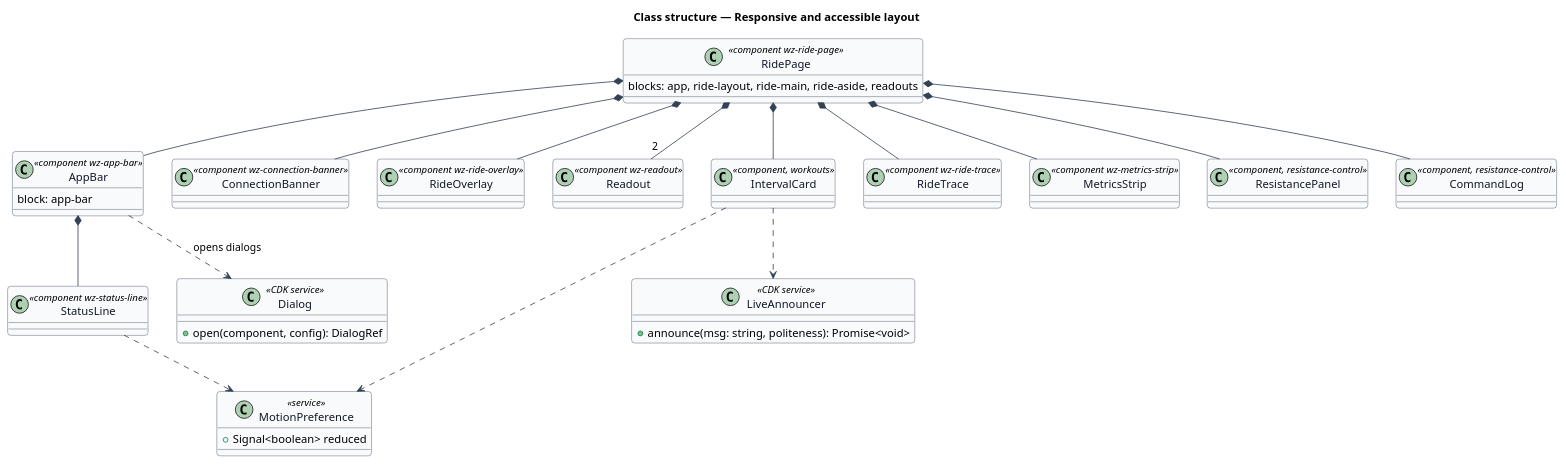
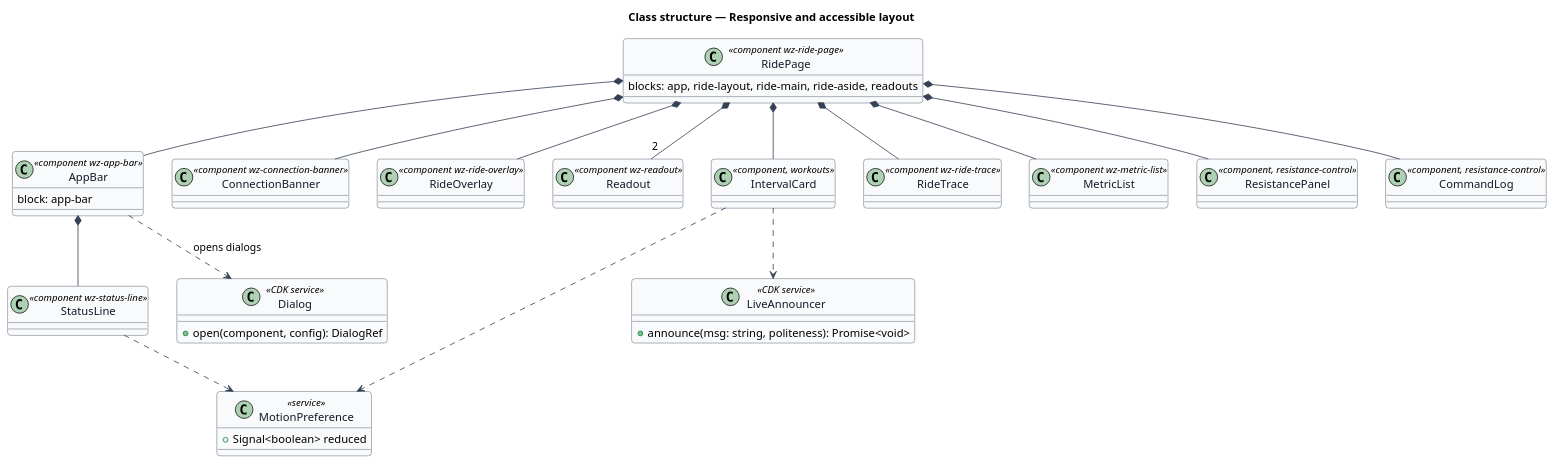
The diagram in docs/detailed-designs/dashboard/responsive-accessible-layout/diagrams/class-structure.puml (QuinntyneBrown/ride-one), drawn with PlantUML before and after one commit. The commit also changed 58 other files, not shown here.

```diff
--- a/docs/detailed-designs/dashboard/responsive-accessible-layout/diagrams/class-structure.puml
+++ b/docs/detailed-designs/dashboard/responsive-accessible-layout/diagrams/class-structure.puml
@@ -1,53 +1,53 @@
 @startuml
 skinparam backgroundColor #FFFFFF
 skinparam shadowing false
 skinparam roundcorner 8
 skinparam defaultFontName Arial
 skinparam ArrowColor #344054
 skinparam class {
   BorderColor #344054
   FontColor #101828
   BackgroundColor #F9FAFB
 }
 title Class structure — Responsive and accessible layout
 
 class RidePage <<component wz-ride-page>> {
   blocks: app, ride-layout, ride-main, ride-aside, readouts
 }
 class AppBar <<component wz-app-bar>> {
   block: app-bar
 }
 class StatusLine <<component wz-status-line>>
 class ConnectionBanner <<component wz-connection-banner>>
 class RideOverlay <<component wz-ride-overlay>>
 class Readout <<component wz-readout>>
 class IntervalCard <<component, workouts>>
 class RideTrace <<component wz-ride-trace>>
-class MetricsStrip <<component wz-metrics-strip>>
+class MetricList <<component wz-metric-list>>
 class ResistancePanel <<component, resistance-control>>
 class CommandLog <<component, resistance-control>>
 class MotionPreference <<service>> {
   +Signal<boolean> reduced
 }
 class LiveAnnouncer <<CDK service>> {
   +announce(msg: string, politeness): Promise<void>
 }
 class Dialog <<CDK service>> {
   +open(component, config): DialogRef
 }
 
 RidePage *-- AppBar
 RidePage *-- ConnectionBanner
 RidePage *-- "2" Readout
 RidePage *-- IntervalCard
 RidePage *-- RideTrace
-RidePage *-- MetricsStrip
+RidePage *-- MetricList
 RidePage *-- RideOverlay
 RidePage *-- ResistancePanel
 RidePage *-- CommandLog
 AppBar *-- StatusLine
 AppBar ..> Dialog : opens dialogs
 StatusLine ..> MotionPreference
 IntervalCard ..> MotionPreference
 IntervalCard ..> LiveAnnouncer
 @enduml
```
